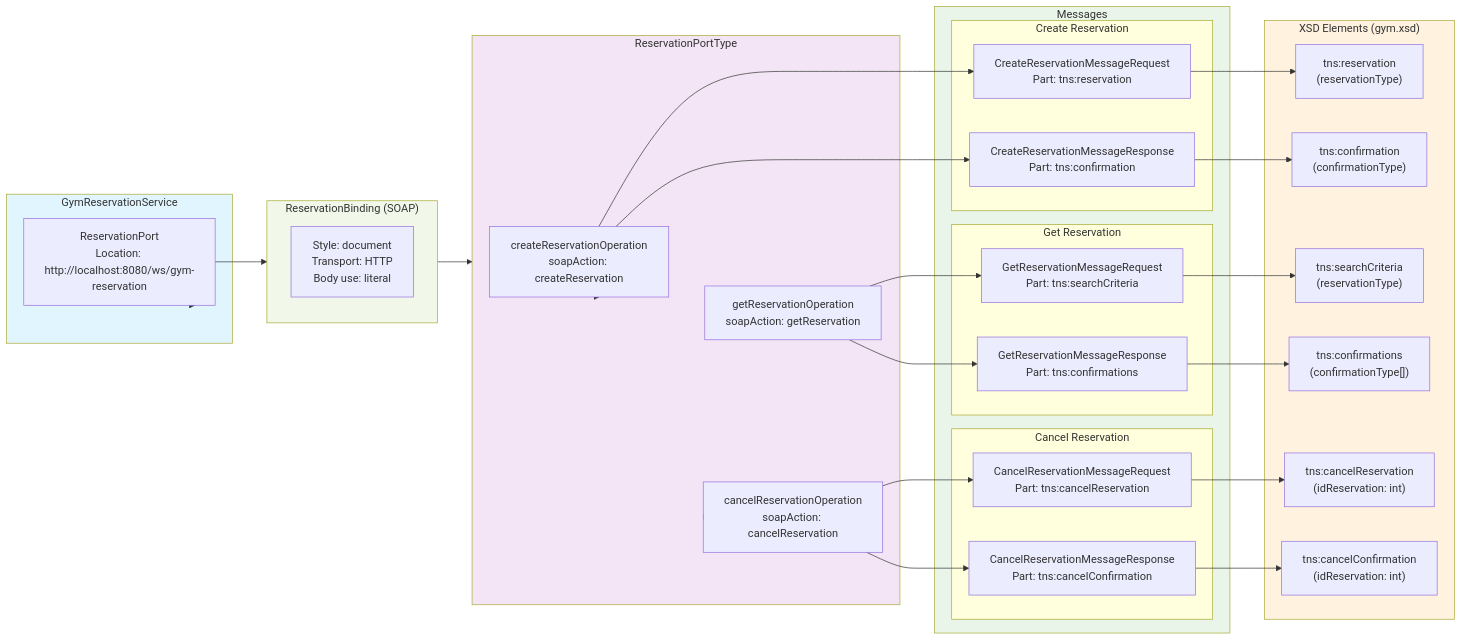
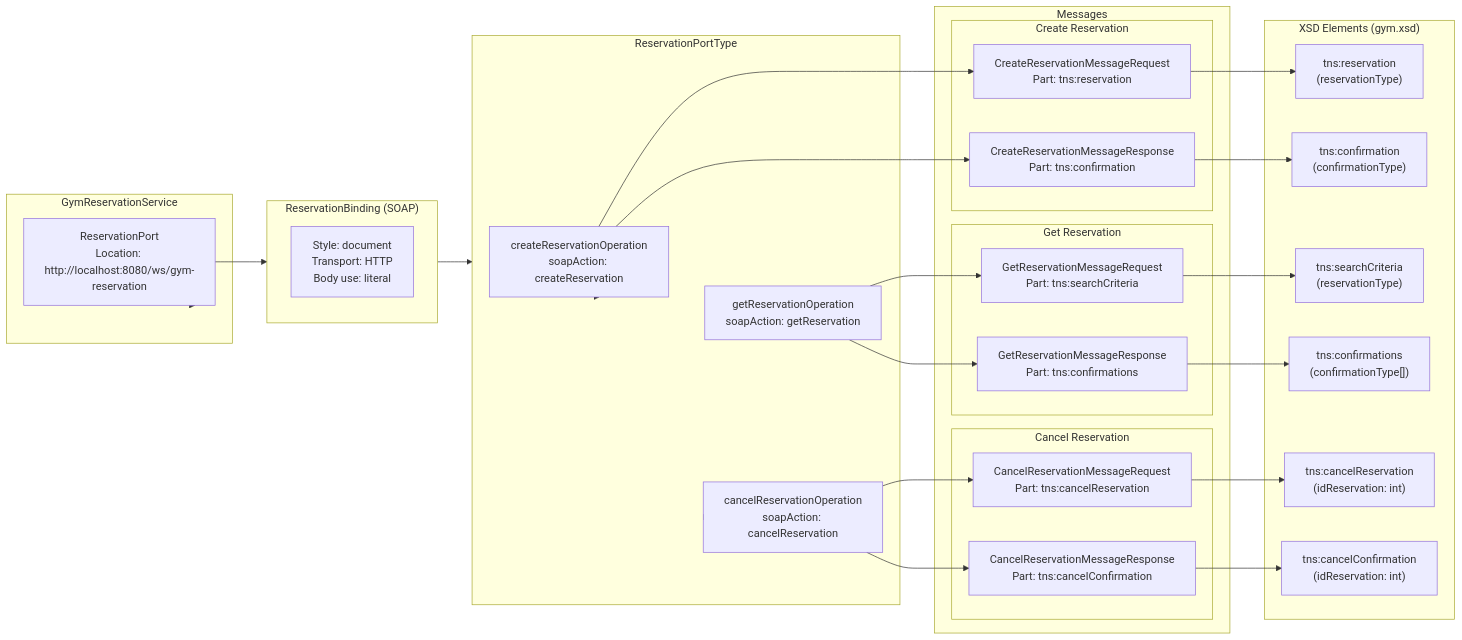
The first of 5 diagrams in course/unit-02/README.md (ebrenam/itq), drawn with Mermaid before and after one commit.

Commit message:
refactor: Remove styling from mermaid diagram in README.md

````diff
--- a/course/unit-02/README.md
+++ b/course/unit-02/README.md
@@ -19,70 +19,64 @@
 ```mermaid
 flowchart LR
     subgraph Service["GymReservationService"]
         Port["ReservationPort<br/>Location: http://localhost:8080/ws/gym-reservation"]
     end
     
     subgraph Binding["ReservationBinding (SOAP)"]
         B1["Style: document<br/>Transport: HTTP<br/>Body use: literal"]
     end
     
     subgraph PortType["ReservationPortType"]
         Op1["createReservationOperation<br/>soapAction: createReservation"]
         Op2["getReservationOperation<br/>soapAction: getReservation"]
         Op3["cancelReservationOperation<br/>soapAction: cancelReservation"]
     end
     
     subgraph Messages["Messages"]
         subgraph CreateReservation["Create Reservation"]
             CreateReq["CreateReservationMessageRequest<br/>Part: tns:reservation"]
             CreateRes["CreateReservationMessageResponse<br/>Part: tns:confirmation"]
         end
         
         subgraph GetReservation["Get Reservation"]
             GetReq["GetReservationMessageRequest<br/>Part: tns:searchCriteria"]
             GetRes["GetReservationMessageResponse<br/>Part: tns:confirmations"]
         end
         
         subgraph CancelReservation["Cancel Reservation"]
             CancelReq["CancelReservationMessageRequest<br/>Part: tns:cancelReservation"]
             CancelRes["CancelReservationMessageResponse<br/>Part: tns:cancelConfirmation"]
         end
     end
     
     subgraph Types["XSD Elements (gym.xsd)"]
         T1["tns:reservation<br/>(reservationType)"]
         T2["tns:confirmation<br/>(confirmationType)"]
         T3["tns:searchCriteria<br/>(reservationType)"]
         T4["tns:confirmations<br/>(confirmationType[])"]
         T5["tns:cancelReservation<br/>(idReservation: int)"]
         T6["tns:cancelConfirmation<br/>(idReservation: int)"]
     end
     
     Service --> Port
     Port --> Binding
     Binding --> PortType
     
     PortType --> Op1
     PortType --> Op2
     PortType --> Op3
     
     Op1 --> CreateReq
     Op1 --> CreateRes
     Op2 --> GetReq
     Op2 --> GetRes
     Op3 --> CancelReq
     Op3 --> CancelRes
     
     CreateReq --> T1
     CreateRes --> T2
     GetReq --> T3
     GetRes --> T4
     CancelReq --> T5
     CancelRes --> T6
-    
-    style Service fill:#e1f5fe
-    style PortType fill:#f3e5f5
-    style Messages fill:#e8f5e8
-    style Types fill:#fff3e0
-    style Binding fill:#f1f8e9
 ```
````
